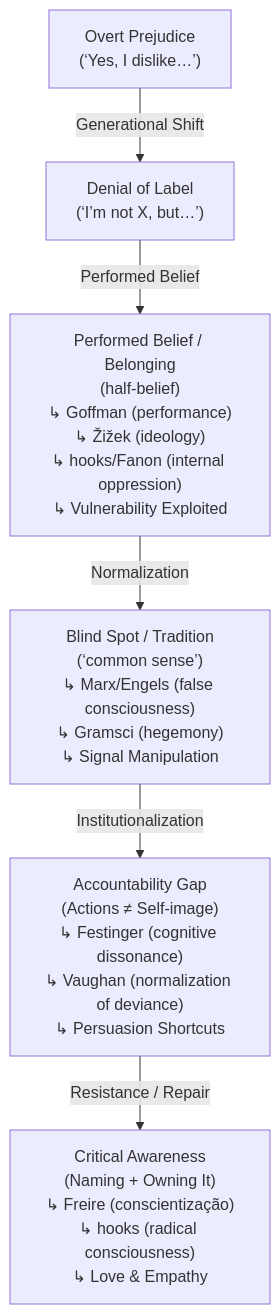
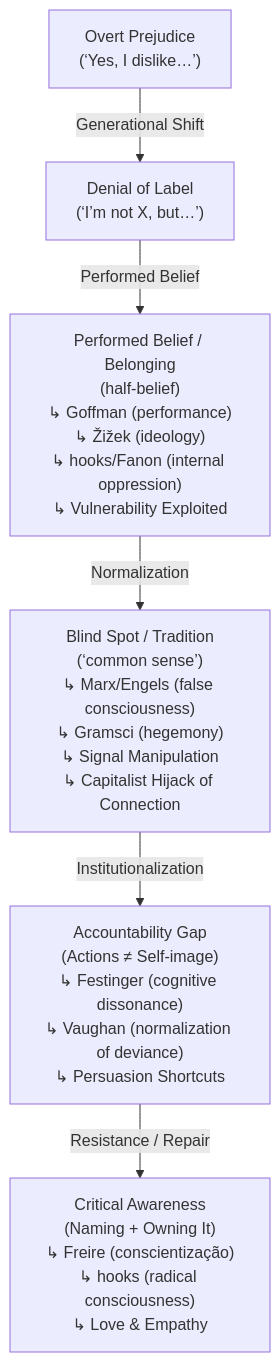
One commit to raelovejoy/root-sequence changed the diagram in commons/zines/denial-loop.md. Above: the diagram before and after it, drawn with Mermaid. The commit also changed other lines of this file, not shown here.

````diff
--- a/commons/zines/denial-loop.md
+++ b/commons/zines/denial-loop.md
@@ -49,12 +50,12 @@
 ```mermaid
 flowchart TD
   A["Overt Prejudice<br/>(‘Yes, I dislike…’)"] -->|Generational Shift| B["Denial of Label<br/>(‘I’m not X, but…’)"]
 
   B -->|Performed Belief| PB["Performed Belief / Belonging<br/>(half-belief)<br/>↳ Goffman (performance)<br/>↳ Žižek (ideology)<br/>↳ hooks/Fanon (internal oppression)<br/>↳ Vulnerability Exploited"]
 
-  PB -->|Normalization| C["Blind Spot / Tradition<br/>(‘common sense’)<br/>↳ Marx/Engels (false consciousness)<br/>↳ Gramsci (hegemony)<br/>↳ Signal Manipulation"]
+  PB -->|Normalization| C["Blind Spot / Tradition<br/>(‘common sense’)<br/>↳ Marx/Engels (false consciousness)<br/>↳ Gramsci (hegemony)<br/>↳ Signal Manipulation<br/>↳ Capitalist Hijack of Connection"]
 
   C -->|Institutionalization| D["Accountability Gap<br/>(Actions ≠ Self-image)<br/>↳ Festinger (cognitive dissonance)<br/>↳ Vaughan (normalization of deviance)<br/>↳ Persuasion Shortcuts"]
 
   D -->|Resistance / Repair| E["Critical Awareness<br/>(Naming + Owning It)<br/>↳ Freire (conscientização)<br/>↳ hooks (radical consciousness)<br/>↳ Love & Empathy"]
 ```
````
